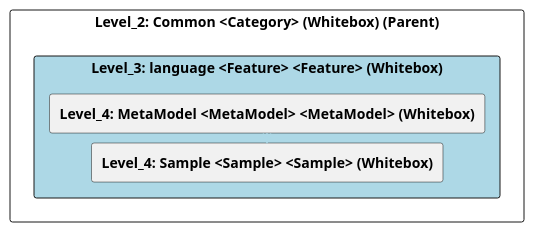
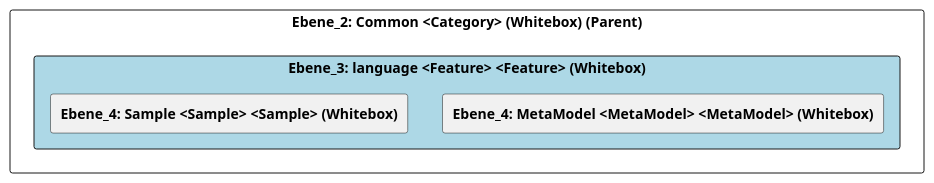
One commit to marcozwyssig/cleon changed the diagram in doc/cleonproject_deliverables_architecture_model_architecture/adoc/de/05_bausteinsicht/cleon/common/language/ebene_3_language.adoc. Above: the diagram before and after it, drawn with PlantUML. The commit also changed other lines of this file and 150 other files, not shown here.

```diff
--- a/doc/cleonproject_deliverables_architecture_model_architecture/adoc/de/05_bausteinsicht/cleon/common/language/ebene_3_language.adoc
+++ b/doc/cleonproject_deliverables_architecture_model_architecture/adoc/de/05_bausteinsicht/cleon/common/language/ebene_3_language.adoc
@@ -20,28 +20,25 @@
-[plantuml, Level_3: language <Feature> <Feature> (Whitebox)BlockOverview, format="svg"]
+[plantuml, Ebene_3: language <Feature> <Feature> (Whitebox)BlockOverview, format="svg"]
 ----
-@startuml Level_3: language <Feature> <Feature> (Whitebox)BuildingBlockOverview
+@startuml Ebene_3: language <Feature> <Feature> (Whitebox)BuildingBlockOverview
 
 skinparam ranksep 10
 skinparam componentStyle rectangle
 skinparam shadowing false
 skinparam arrowColor lightblue
 skinparam arrowThickness 1.2
 skinparam rectangle {
   BackgroundColor White
   BorderColor #333
   RoundCorner 10
 }
 top to bottom direction
 
-component "Level_2: Common <Category> (Whitebox) (Parent)" {
-    component "Level_3: language <Feature> <Feature> (Whitebox)" #lightblue {
-        [**Level_4: MetaModel <MetaModel> <MetaModel> (Whitebox)**] as 4A56B729_D579_11EE_903E_9F564E4DE07E
-        [**Level_4: Sample <Sample> <Sample> (Whitebox)**] as 4A56DE4A_D579_11EE_903E_9F564E4DE07E
+component "Ebene_2: Common <Category> (Whitebox) (Parent)" {
+    component "Ebene_3: language <Feature> <Feature> (Whitebox)" #lightblue {
+        [**Ebene_4: MetaModel <MetaModel> <MetaModel> (Whitebox)**] as 4A56B729_D579_11EE_903E_9F564E4DE07E
+        [**Ebene_4: Sample <Sample> <Sample> (Whitebox)**] as 4A56DE4A_D579_11EE_903E_9F564E4DE07E
     }
-
-    4A56B729_D579_11EE_903E_9F564E4DE07E -down-> 4A56DE4A_D579_11EE_903E_9F564E4DE07E
-    
 }
 
 @enduml
 ----
```
